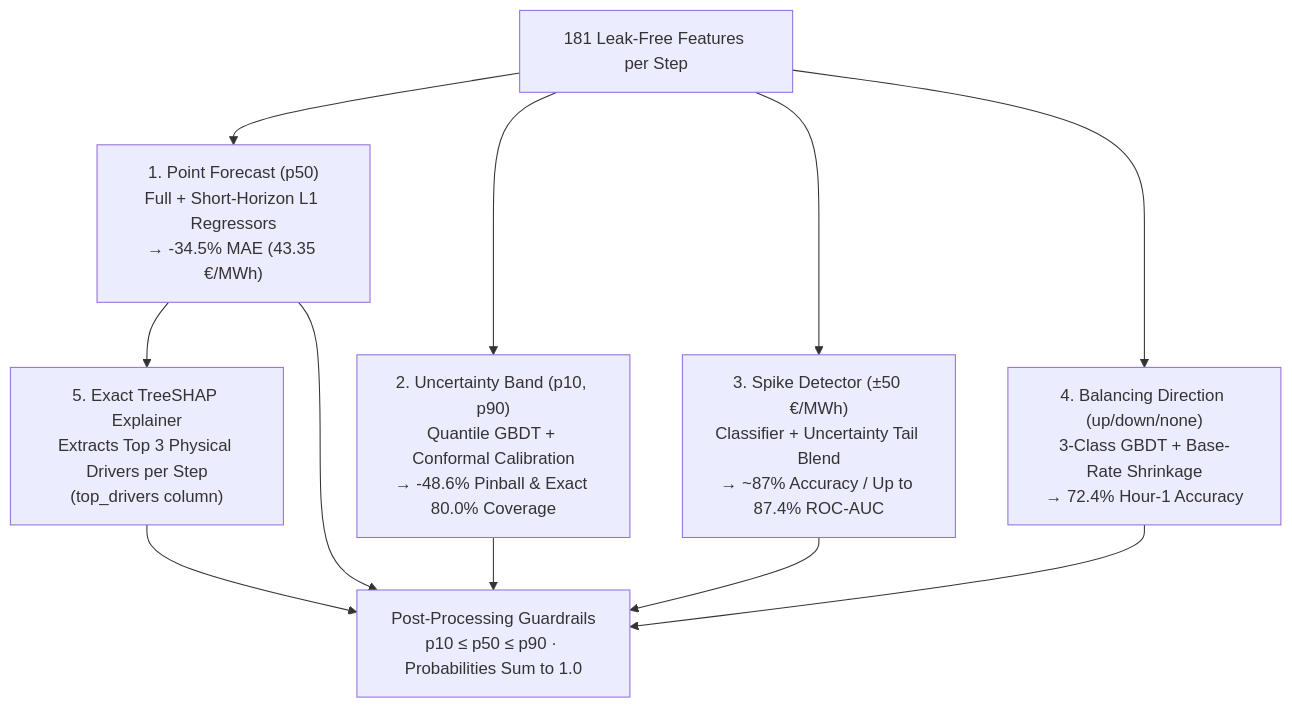
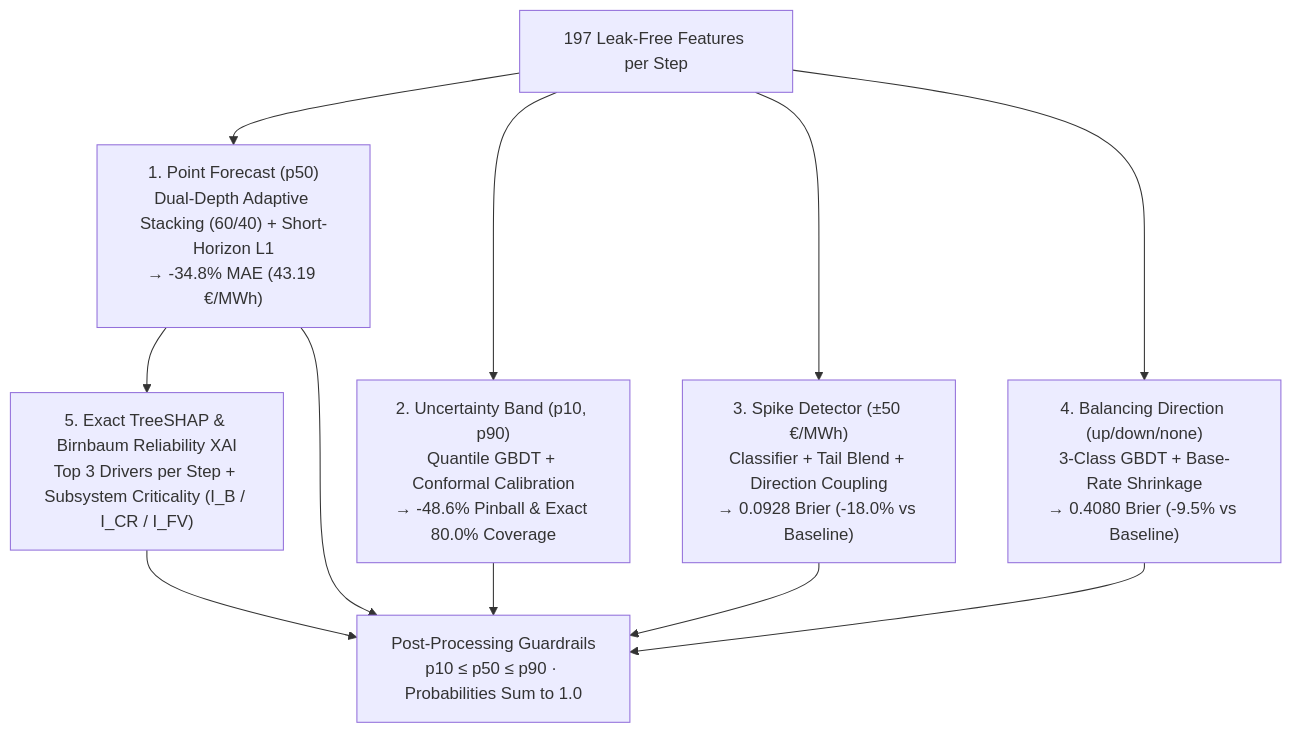
Before and after one commit to Pabl057/Turku_Energia_SinceAI: the fourth of 5 diagrams in docs/OVERVIEW.md, drawn with Mermaid. The commit also changed other lines of this file and 36 other files, not shown here.

````diff
--- a/docs/OVERVIEW.md
+++ b/docs/OVERVIEW.md
@@ -69,12 +69,12 @@
 ```mermaid
 flowchart TD
-    FEAT["181 Leak-Free Features per Step"] --> M1 & M2 & M3 & M4
+    FEAT["197 Leak-Free Features per Step"] --> M1 & M2 & M3 & M4
 
-    M1["1. Point Forecast (p50)<br/>Full + Short-Horizon L1 Regressors<br/>→ -34.5% MAE (43.35 €/MWh)"]
+    M1["1. Point Forecast (p50)<br/>Dual-Depth Adaptive Stacking (60/40) + Short-Horizon L1<br/>→ -34.8% MAE (43.19 €/MWh)"]
     M2["2. Uncertainty Band (p10, p90)<br/>Quantile GBDT + Conformal Calibration<br/>→ -48.6% Pinball & Exact 80.0% Coverage"]
-    M3["3. Spike Detector (±50 €/MWh)<br/>Classifier + Uncertainty Tail Blend<br/>→ ~87% Accuracy / Up to 87.4% ROC-AUC"]
-    M4["4. Balancing Direction (up/down/none)<br/>3-Class GBDT + Base-Rate Shrinkage<br/>→ 72.4% Hour-1 Accuracy"]
+    M3["3. Spike Detector (±50 €/MWh)<br/>Classifier + Tail Blend + Direction Coupling<br/>→ 0.0928 Brier (-18.0% vs Baseline)"]
+    M4["4. Balancing Direction (up/down/none)<br/>3-Class GBDT + Base-Rate Shrinkage<br/>→ 0.4080 Brier (-9.5% vs Baseline)"]
 
-    M1 --> SHAP["5. Exact TreeSHAP Explainer<br/>Extracts Top 3 Physical Drivers per Step<br/>(top_drivers column)"]
+    M1 --> SHAP["5. Exact TreeSHAP & Birnbaum Reliability XAI<br/>Top 3 Drivers per Step + Subsystem Criticality (I_B / I_CR / I_FV)"]
     M1 & M2 & M3 & M4 & SHAP --> GUARD["Post-Processing Guardrails<br/>p10 ≤ p50 ≤ p90 · Probabilities Sum to 1.0"]
 ```
````
